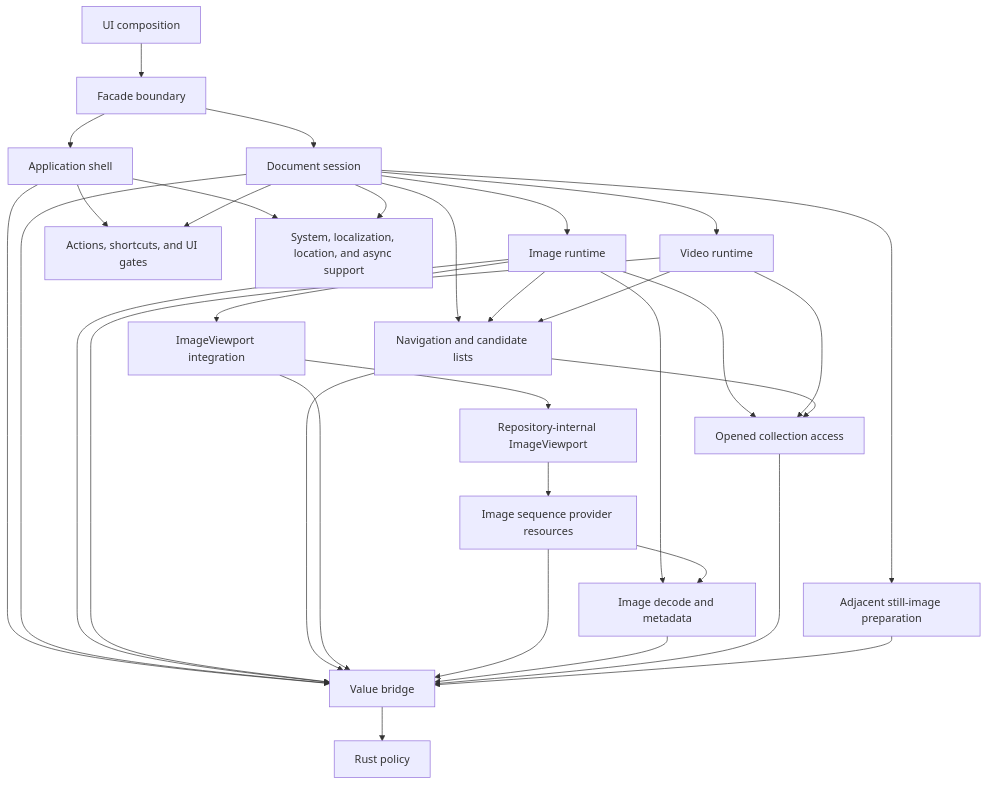
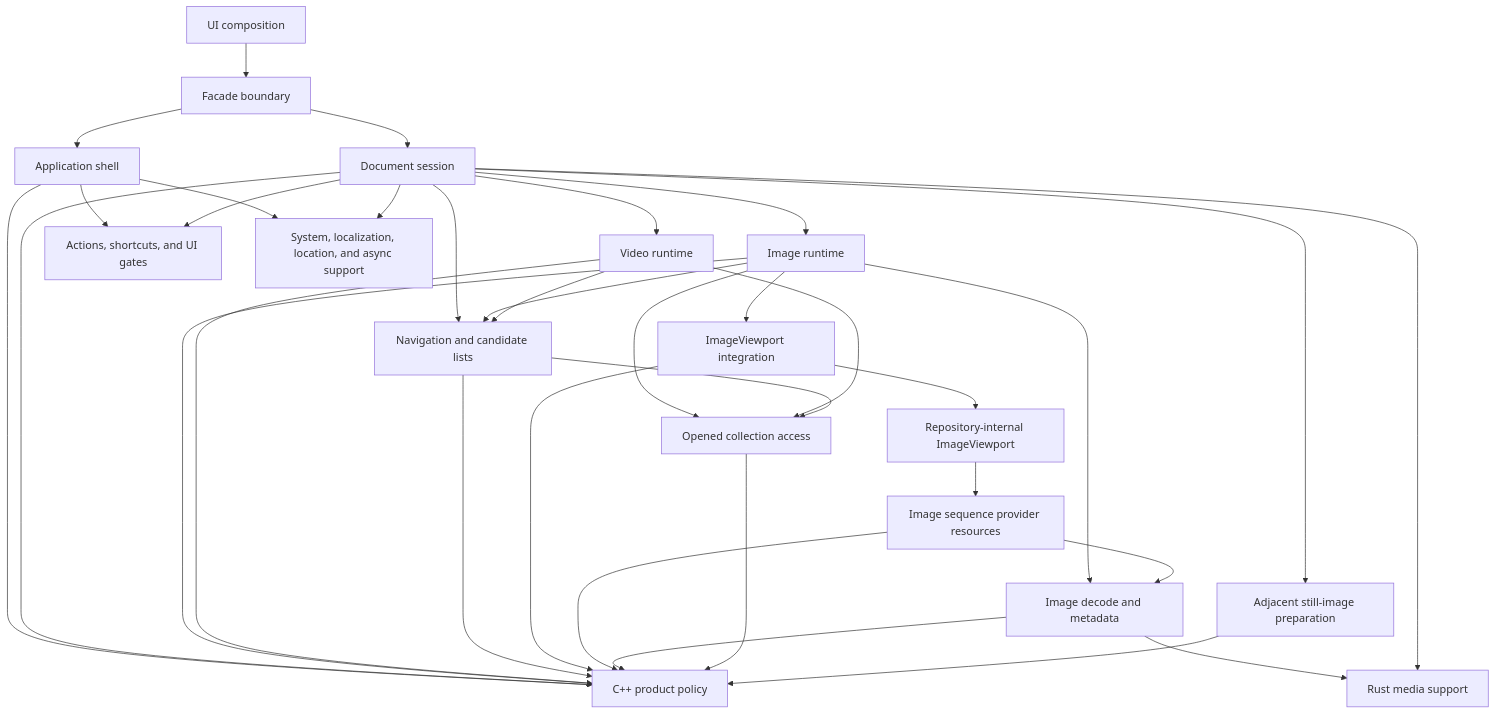
Before and after one commit to hnjae/kiriview: the second of 2 diagrams in app/docs/architecture/overview.md, drawn with Mermaid. The commit also changed other lines of this file and 26 other files, not shown here.

First line of the commit message:
docs(app): adopt C++ app with Rust support library

````diff
--- a/app/docs/architecture/overview.md
+++ b/app/docs/architecture/overview.md
@@ -30,53 +33,54 @@
 ```mermaid
 flowchart TD
     UI["UI composition"]
     Facade["Facade boundary"]
     Shell["Application shell"]
     Session["Document session"]
     Image["Image runtime"]
     Video["Video runtime"]
     Navigation["Navigation and candidate lists"]
     Integration["ImageViewport integration"]
     Viewport["Repository-internal ImageViewport"]
     Provider["Image sequence provider resources"]
     Decoding["Image decode and metadata"]
     Collections["Opened collection access"]
     Predecode["Adjacent still-image preparation"]
     Actions["Actions, shortcuts, and UI gates"]
     System["System, localization, location, and async support"]
-    Bridge["Value bridge"]
-    Policy["Rust policy"]
+    Policy["C++ product policy"]
+    Support["Rust media support"]
 
     UI --> Facade
     Facade --> Shell
     Facade --> Session
     Shell --> Actions
     Shell --> System
     Session --> Image
     Session --> Video
     Session --> Navigation
     Session --> Predecode
     Session --> Actions
     Session --> System
     Image --> Navigation
     Image --> Integration
     Image --> Decoding
     Image --> Collections
     Integration --> Viewport
     Viewport --> Provider
     Provider --> Decoding
     Video --> Navigation
     Video --> Collections
     Navigation --> Collections
-    Shell --> Bridge
-    Session --> Bridge
-    Image --> Bridge
-    Video --> Bridge
-    Navigation --> Bridge
-    Integration --> Bridge
-    Provider --> Bridge
-    Decoding --> Bridge
-    Collections --> Bridge
-    Predecode --> Bridge
-    Bridge --> Policy
+    Shell --> Policy
+    Session --> Policy
+    Image --> Policy
+    Video --> Policy
+    Navigation --> Policy
+    Integration --> Policy
+    Provider --> Policy
+    Decoding --> Policy
+    Collections --> Policy
+    Predecode --> Policy
+    Decoding --> Support
+    Session --> Support
 ```
````
